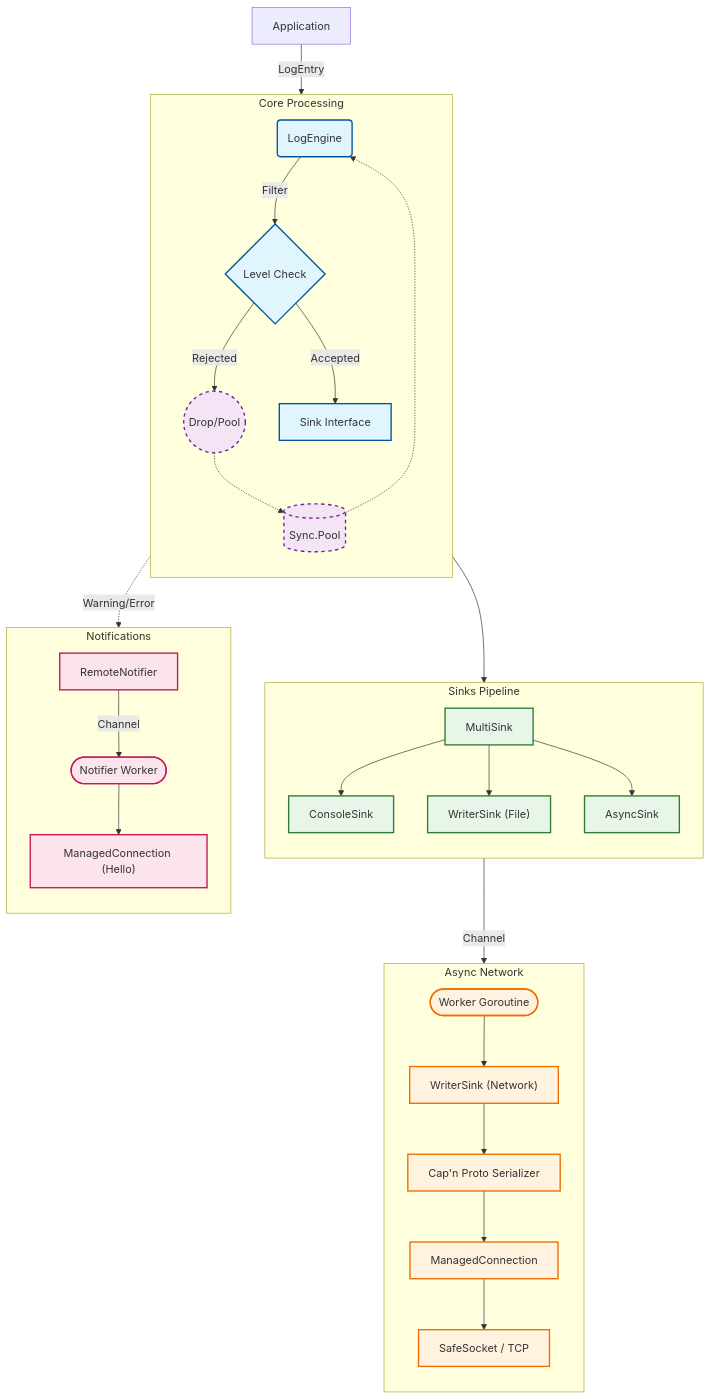
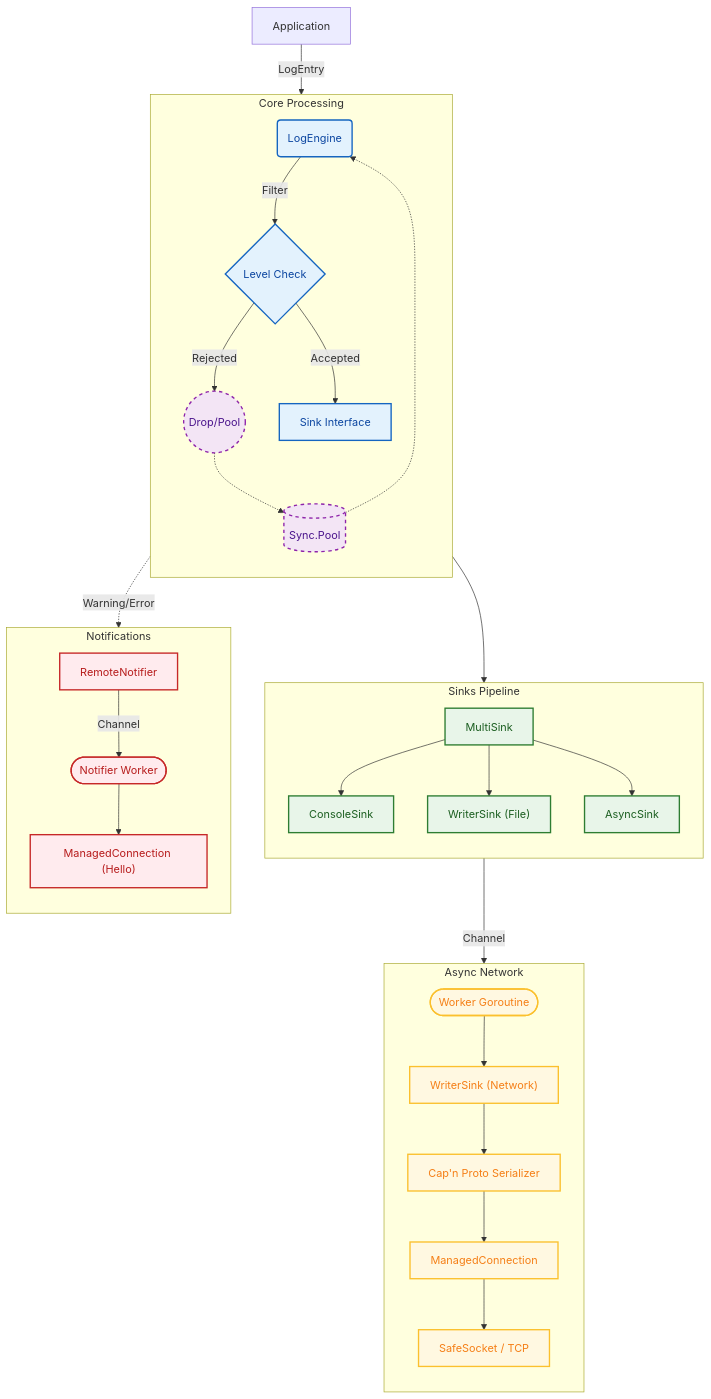
Before and after one commit to Bastien-Antigravity/flexible-logger: the diagram in ARCHITECTURE.md, drawn with Mermaid. The commit also changed 7 other files, not shown here.

Commit message:
Rename Notification to NotifMessage, add NotifLogger profile, update Arch diagram

````diff
--- a/ARCHITECTURE.md
+++ b/ARCHITECTURE.md
@@ -7,47 +7,47 @@
 ```mermaid
 flowchart TD
     %% Styles
-    classDef core fill:#e1f5fe,stroke:#01579b,stroke-width:2px;
-    classDef sink fill:#e8f5e9,stroke:#2e7d32,stroke-width:2px;
-    classDef net fill:#fff3e0,stroke:#ef6c00,stroke-width:2px;
-    classDef alert fill:#fce4ec,stroke:#c2185b,stroke-width:2px;
-    classDef pool fill:#f3e5f5,stroke:#7b1fa2,stroke-width:2px,stroke-dasharray: 5 5;
+    classDef core fill:#e3f2fd,stroke:#1565c0,stroke-width:2px,color:#0d47a1;
+    classDef sink fill:#e8f5e9,stroke:#2e7d32,stroke-width:2px,color:#1b5e20;
+    classDef net fill:#fff8e1,stroke:#fbc02d,stroke-width:2px,color:#f57f17;
+    classDef alert fill:#ffebee,stroke:#c62828,stroke-width:2px,color:#b71c1c;
+    classDef pool fill:#f3e5f5,stroke:#8e24aa,stroke-width:2px,stroke-dasharray: 5 5,color:#4a148c;
 
     %% Nodes
     App[Application] -->|LogEntry| Engine(LogEngine):::core
     
     subgraph Core Processing
         direction TB
         Engine -->|Filter| Decision{Level Check}:::core
         Decision -- "Rejected" --> Drop((Drop/Pool)):::pool
         Decision -- "Accepted" --> Sinks[Sink Interface]:::core
         
         %% Pool Cycle
         Drop -.-> Pool[(Sync.Pool)]:::pool
         Pool -.-> Engine
     end
     
     subgraph Sinks Pipeline
         direction TB
         Sinks --> Multi[MultiSink]:::sink
         Multi --> Console[ConsoleSink]:::sink
         Multi --> File["WriterSink (File)"]:::sink
         Multi --> Async[AsyncSink]:::sink
     end
     
     subgraph Async Network
         direction TB
         Async -- Channel --> Worker([Worker Goroutine]):::net
         Worker --> NetSink["WriterSink (Network)"]:::net
         NetSink --> Serializer["Cap'n Proto Serializer"]:::net
         Serializer --> ManagedConn[ManagedConnection]:::net
         ManagedConn --> Socket["SafeSocket / TCP"]:::net
     end
     
     subgraph Notifications
         direction TB
         Engine -. "Warning/Error" .-> Notifier[RemoteNotifier]:::alert
         Notifier -- Channel --> NotifWorker([Notifier Worker]):::alert
         NotifWorker --> NotifConn["ManagedConnection (Hello)"]:::alert
     end
 ```
````
